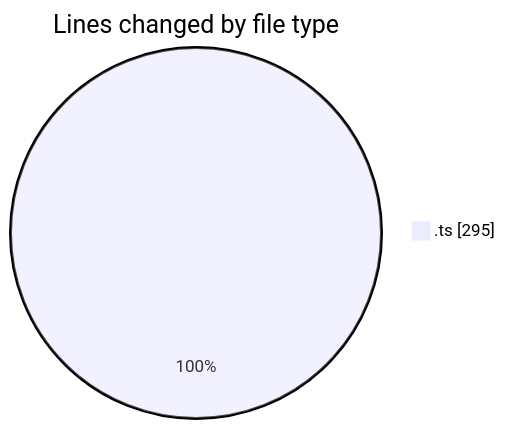
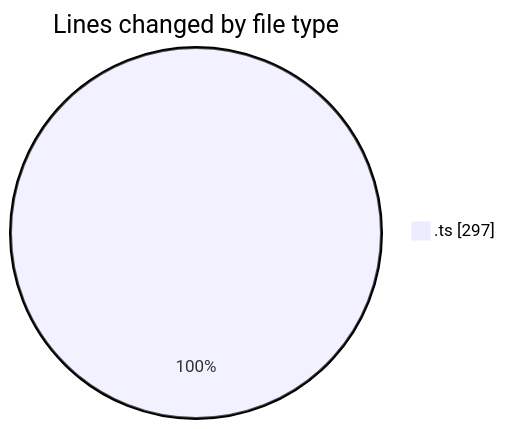
One commit to julien-gomy/code-tracking changed the first of 2 diagrams in 2025-10-23/eventscop-frontend-guide__workspace_/README.md. Above: the diagram before and after it, drawn with Mermaid. The commit also changed other lines of this file and 1 other file, not shown here.

````diff
--- a/2025-10-23/eventscop-frontend-guide__workspace_/README.md
+++ b/2025-10-23/eventscop-frontend-guide__workspace_/README.md
@@ -20,5 +20,5 @@
 ```mermaid
 pie showData
 title Lines changed by file type
-".ts" : 295
+".ts" : 297
 ```
````
